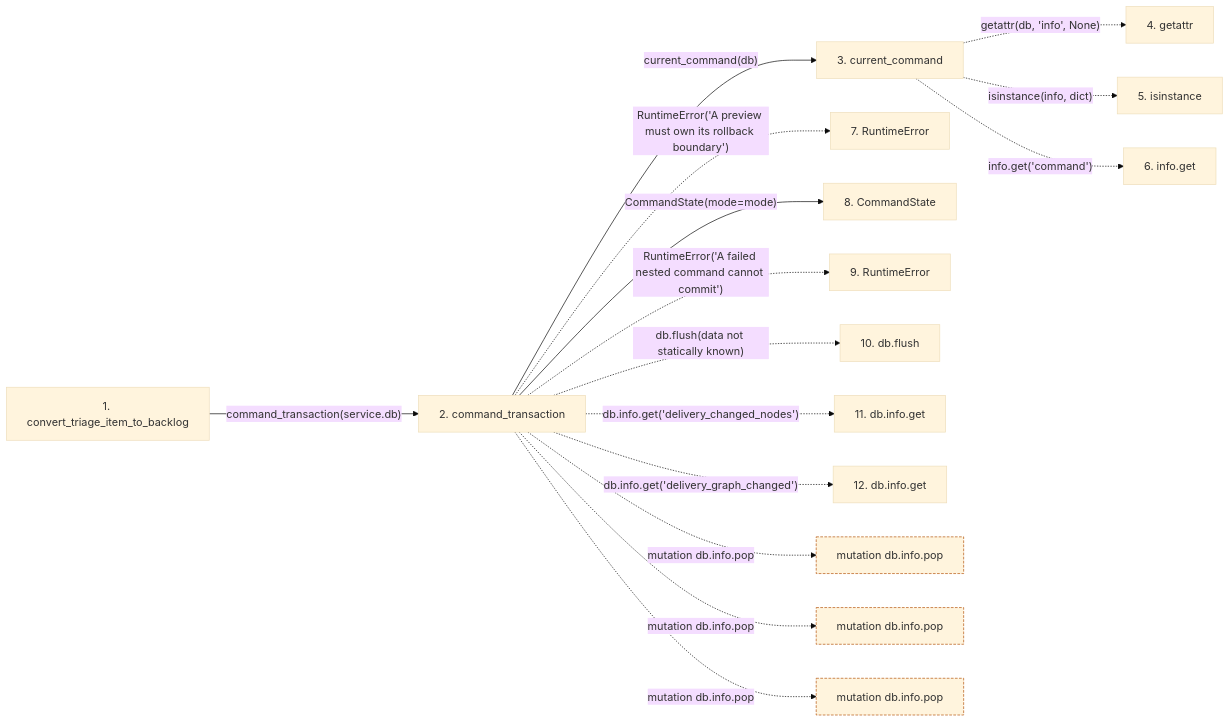
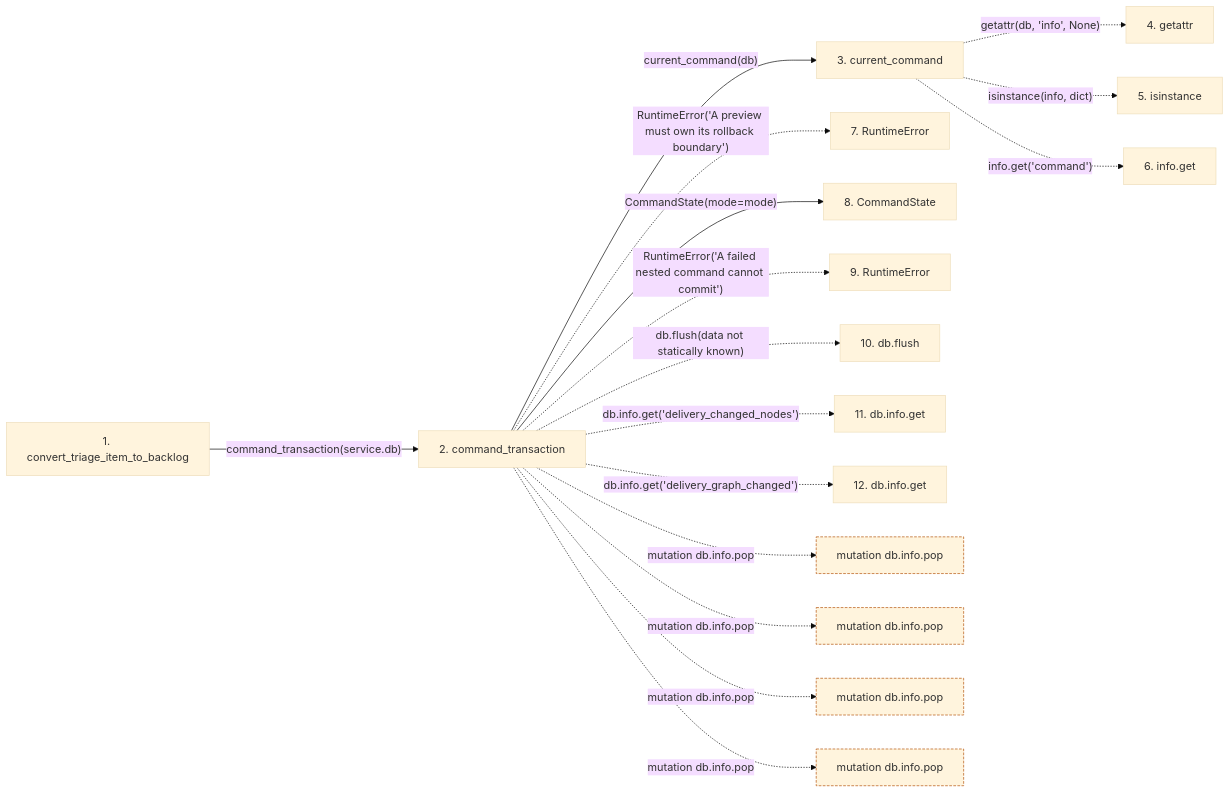
The second of 2 diagrams in docs/llm_wiki/flows/http-convert_triage_item_to_backlog.md (Denissvgn/WorkChord), drawn with Mermaid (base theme) before and after one commit. The commit also changed other lines of this file and 2344 other files, not shown here.

````diff
--- a/docs/llm_wiki/flows/http-convert_triage_item_to_backlog.md
+++ b/docs/llm_wiki/flows/http-convert_triage_item_to_backlog.md
@@ -81,40 +80,43 @@
 ```mermaid
 flowchart LR
     s1["1. convert_triage_item_to_backlog"]
     s2["2. command_transaction"]
     s3["3. current_command"]
     s4["4. getattr"]
     s5["5. isinstance"]
     s6["6. info.get"]
     s7["7. RuntimeError"]
     s8["8. CommandState"]
     s9["9. RuntimeError"]
     s10["10. db.flush"]
     s11["11. db.info.get"]
     s12["12. db.info.get"]
     s1 -->|"command_transaction(service.db)"| s2
     s2 -->|"current_command(db)"| s3
     s3 -. "getattr(db, 'info', None)" .-> s4
     s3 -. "isinstance(info, dict)" .-> s5
     s3 -. "info.get('command')" .-> s6
     s2 -. "RuntimeError('A preview must own its rollback boundary')" .-> s7
     s2 -->|"CommandState(mode=mode)"| s8
     s2 -. "RuntimeError('A failed nested command cannot commit')" .-> s9
     s2 -. "db.flush(data not statically known)" .-> s10
     s2 -. "db.info.get('delivery_changed_nodes')" .-> s11
     s2 -. "db.info.get('delivery_graph_changed')" .-> s12
     b0["mutation db.info.pop"]
     s2 -. "mutation db.info.pop" .-> b0
     b1["mutation db.info.pop"]
     s2 -. "mutation db.info.pop" .-> b1
     b2["mutation db.info.pop"]
     s2 -. "mutation db.info.pop" .-> b2
+    b3["mutation db.info.pop"]
+    s2 -. "mutation db.info.pop" .-> b3
     click s1 "../modules/routers_triage.md"
     click s2 "../modules/commands.md"
     click s3 "../modules/commands.md"
     click s8 "../modules/commands.md"
     classDef boundary stroke:#b45309,stroke-dasharray: 4 2
     class b0 boundary
     class b1 boundary
     class b2 boundary
+    class b3 boundary
 ```
````
